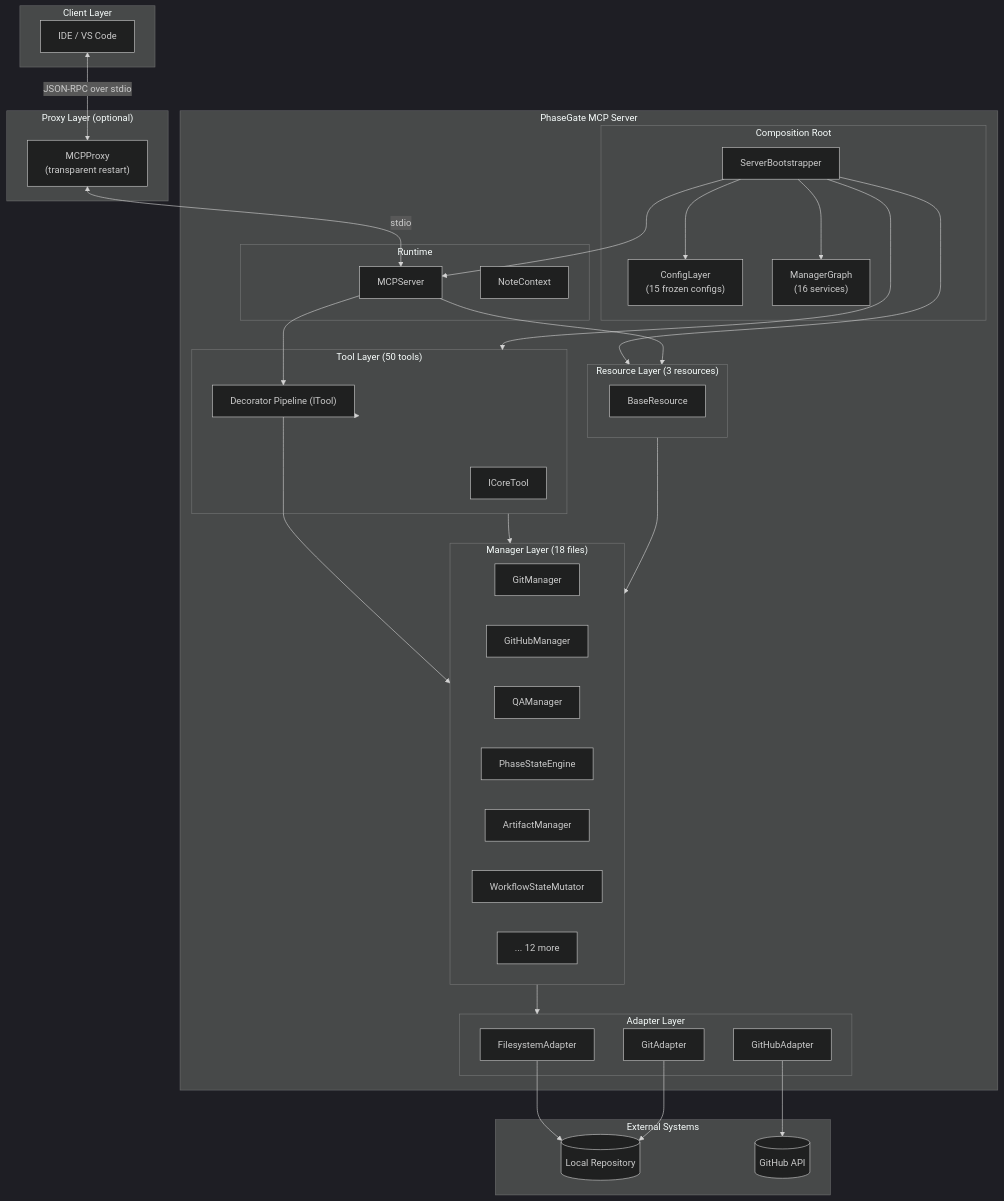
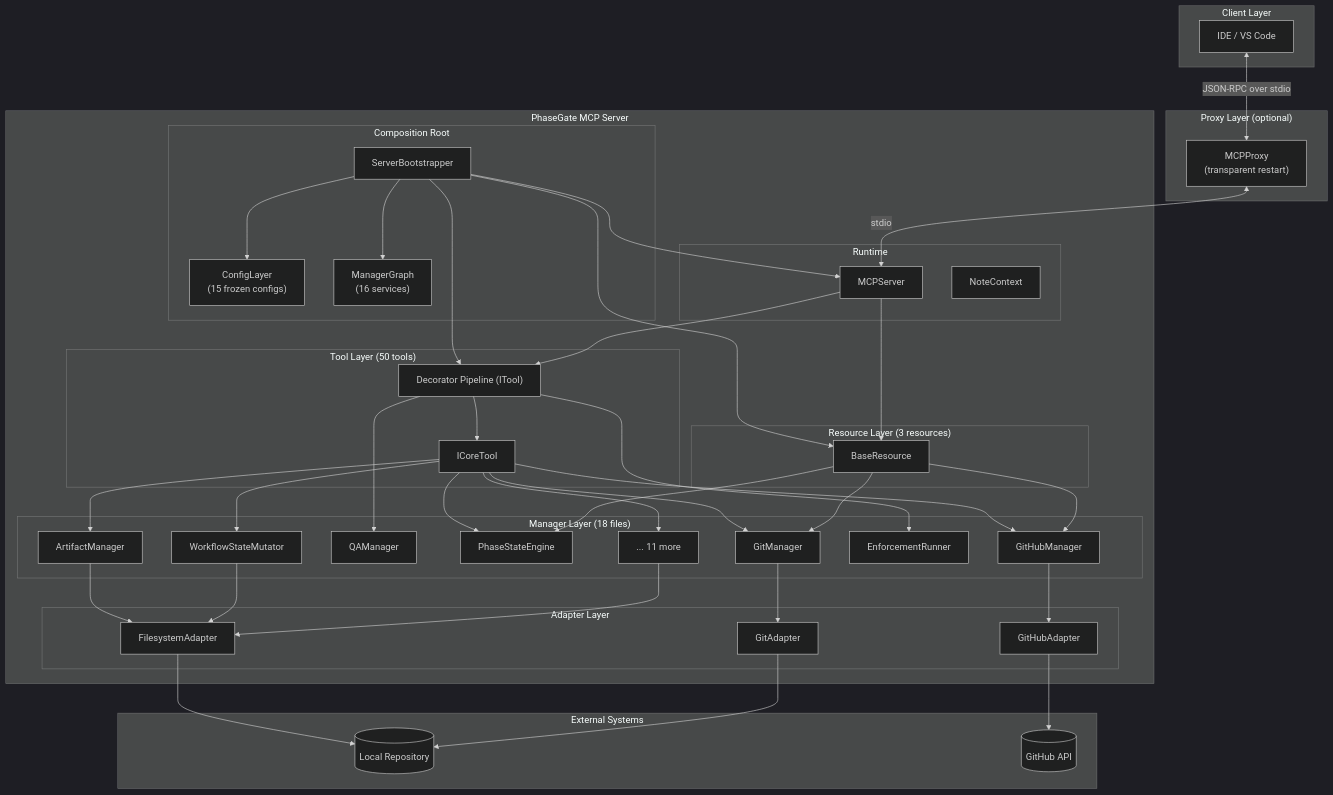
The first of 4 diagrams in docs/mcp_server/ARCHITECTURE.md (MikeyVK/phase-gate-mcp), drawn with Mermaid (dark theme) before and after one commit.

Commit message:
docs(P_DOCUMENTATION): Documentation for #406 (#406)

```diff
--- a/docs/mcp_server/ARCHITECTURE.md
+++ b/docs/mcp_server/ARCHITECTURE.md
@@ -110,8 +110,8 @@
         end
 
         subgraph Tools ["Tool Layer (50 tools)"]
+            Pipeline["Decorator Pipeline (ITool)"]
             ICoreTool["ICoreTool"]
-            Pipeline["Decorator Pipeline (ITool)"]
         end
 
         subgraph Resources ["Resource Layer (3 resources)"]
@@ -125,7 +125,8 @@
             PhaseSE["PhaseStateEngine"]
             ArtMgr["ArtifactManager"]
             StateMut["WorkflowStateMutator"]
-            OtherMgr["... 12 more"]
+            EnforceRunner["EnforcementRunner"]
+            OtherMgr["... 11 more"]
         end
 
         subgraph Adapters ["Adapter Layer"]
@@ -145,18 +146,32 @@
 
     Bootstrapper --> ConfigLayer
     Bootstrapper --> ManagerGraph
-    Bootstrapper --> Tools
-    Bootstrapper --> Resources
     Bootstrapper --> MCPServer
+    Bootstrapper --> Pipeline
+    Bootstrapper --> BaseRes
 
     MCPServer --> Pipeline
-    Pipeline --> Tools
-    MCPServer --> Resources
+    Pipeline --> ICoreTool
+    MCPServer --> BaseRes
 
-    Pipeline --> Managers
-    Tools --> Managers
-    Resources --> Managers
-    Managers --> Adapters
+    Pipeline --> EnforceRunner
+    Pipeline --> QAMgr
+    ICoreTool --> GitMgr
+    ICoreTool --> GHMgr
+    ICoreTool --> ArtMgr
+    ICoreTool --> PhaseSE
+    ICoreTool --> StateMut
+    ICoreTool --> OtherMgr
+
+    BaseRes --> GitMgr
+    BaseRes --> GHMgr
+    BaseRes --> PhaseSE
+
+    GitMgr --> GitAdapter
+    GHMgr --> GHAdapter
+    ArtMgr --> FSAdapter
+    StateMut --> FSAdapter
+    OtherMgr --> FSAdapter
 
     FSAdapter --> Repo
     GitAdapter --> Repo
```
